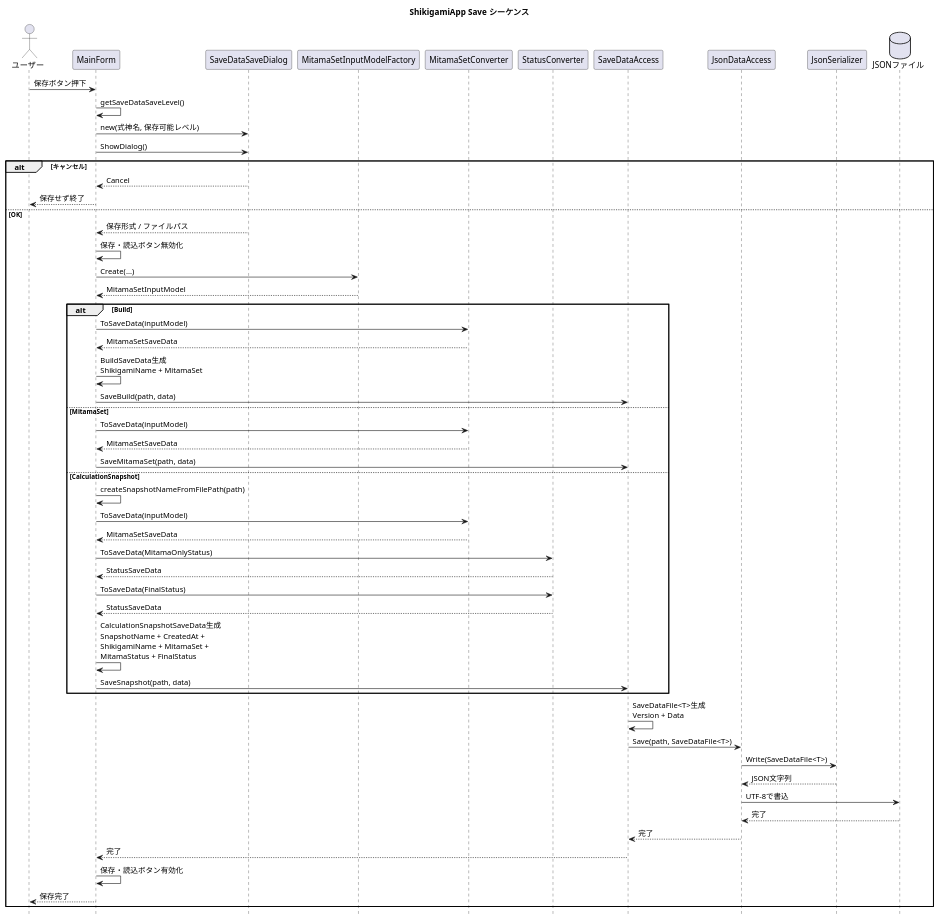
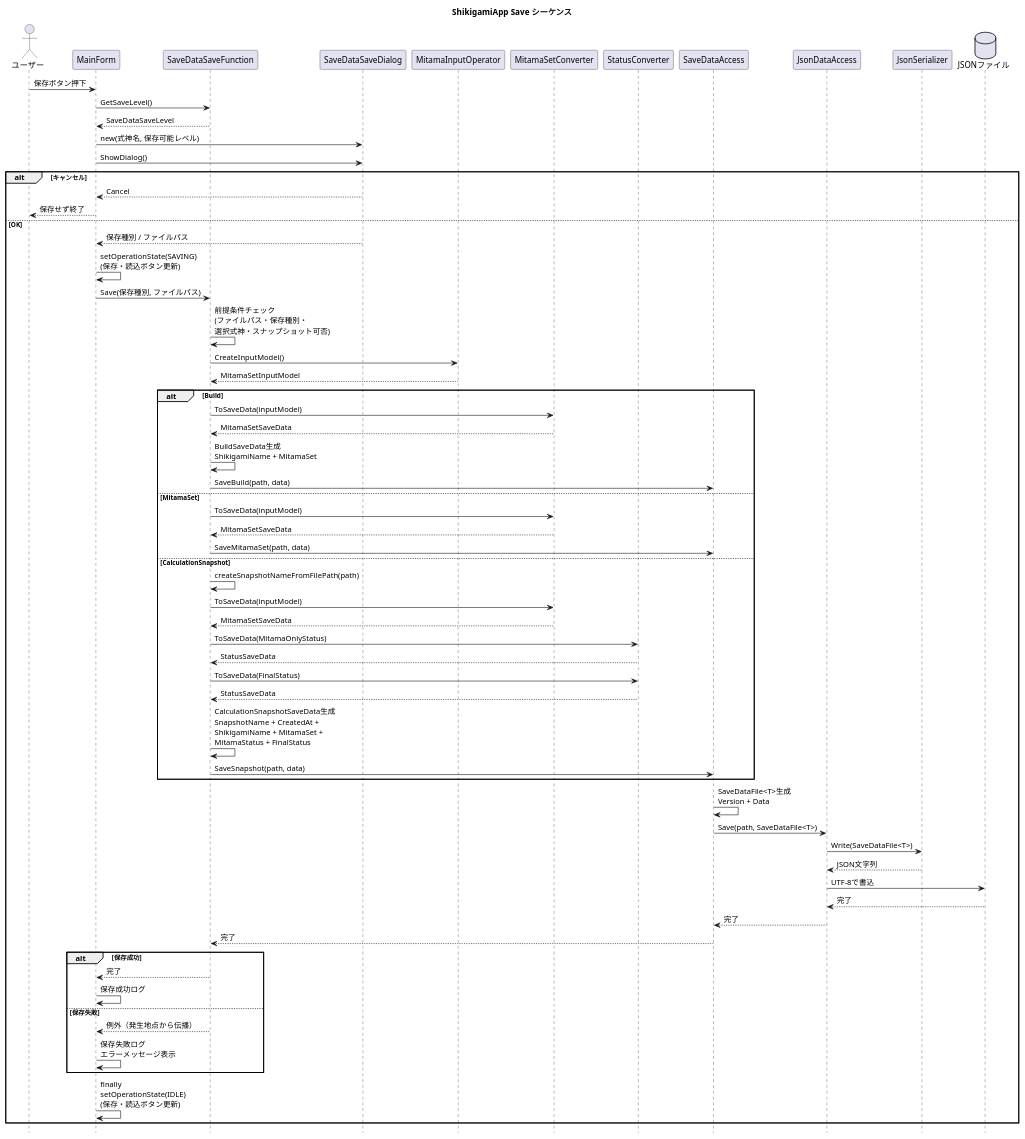
The diagram in Document/ShikigamiApp/Diagram/SaveData/save_sequence.wsd (Staraptor0398/ShikigamiStatusCalculator), drawn with PlantUML before and after one commit. The commit also changed 1 other file, not shown here.

Commit message:
Update SaveData save sequence diagram to reflect current Gui architecture

```diff
--- a/Document/ShikigamiApp/Diagram/SaveData/save_sequence.wsd
+++ b/Document/ShikigamiApp/Diagram/SaveData/save_sequence.wsd
@@ -1,82 +1,94 @@
 @startuml
 title ShikigamiApp Save シーケンス
 
 hide footbox
 
 actor "ユーザー" as User
 
 participant "MainForm" as MainForm
+participant "SaveDataSaveFunction" as SaveDataSaveFunction
 participant "SaveDataSaveDialog" as SaveDialog
 
-participant "MitamaSetInputModelFactory" as InputModelFactory
+participant "MitamaInputOperator" as InputOperator
 participant "MitamaSetConverter" as MitamaSetConverter
 participant "StatusConverter" as StatusConverter
 
 participant "SaveDataAccess" as SaveDataAccess
 participant "JsonDataAccess" as JsonDataAccess
 participant "JsonSerializer" as JsonSerializer
 
 database "JSONファイル" as JsonFile
 
 User -> MainForm : 保存ボタン押下
 
-MainForm -> MainForm : getSaveDataSaveLevel()
+MainForm -> SaveDataSaveFunction : GetSaveLevel()
+SaveDataSaveFunction --> MainForm : SaveDataSaveLevel
 MainForm -> SaveDialog : new(式神名, 保存可能レベル)
 MainForm -> SaveDialog : ShowDialog()
 
 alt キャンセル
    SaveDialog --> MainForm : Cancel
    MainForm --> User : 保存せず終了
 else OK
-   SaveDialog --> MainForm : 保存形式 / ファイルパス
-   MainForm -> MainForm : 保存・読込ボタン無効化
+   SaveDialog --> MainForm : 保存種別 / ファイルパス
+   MainForm -> MainForm : setOperationState(SAVING)\n(保存・読込ボタン更新)
 
-   MainForm -> InputModelFactory : Create(...)
-   InputModelFactory --> MainForm : MitamaSetInputModel
+   MainForm -> SaveDataSaveFunction : Save(保存種別, ファイルパス)
+
+   SaveDataSaveFunction -> SaveDataSaveFunction : 前提条件チェック\n(ファイルパス・保存種別・\n選択式神・スナップショット可否)
+   SaveDataSaveFunction -> InputOperator : CreateInputModel()
+   InputOperator --> SaveDataSaveFunction : MitamaSetInputModel
 
    alt Build
-       MainForm -> MitamaSetConverter : ToSaveData(inputModel)
-       MitamaSetConverter --> MainForm : MitamaSetSaveData
+       SaveDataSaveFunction -> MitamaSetConverter : ToSaveData(inputModel)
+       MitamaSetConverter --> SaveDataSaveFunction : MitamaSetSaveData
 
-       MainForm -> MainForm : BuildSaveData生成\nShikigamiName + MitamaSet
-       MainForm -> SaveDataAccess : SaveBuild(path, data)
+       SaveDataSaveFunction -> SaveDataSaveFunction : BuildSaveData生成\nShikigamiName + MitamaSet
+       SaveDataSaveFunction -> SaveDataAccess : SaveBuild(path, data)
 
    else MitamaSet
-       MainForm -> MitamaSetConverter : ToSaveData(inputModel)
-       MitamaSetConverter --> MainForm : MitamaSetSaveData
+       SaveDataSaveFunction -> MitamaSetConverter : ToSaveData(inputModel)
+       MitamaSetConverter --> SaveDataSaveFunction : MitamaSetSaveData
 
-       MainForm -> SaveDataAccess : SaveMitamaSet(path, data)
+       SaveDataSaveFunction -> SaveDataAccess : SaveMitamaSet(path, data)
 
    else CalculationSnapshot
-       MainForm -> MainForm : createSnapshotNameFromFilePath(path)
+       SaveDataSaveFunction -> SaveDataSaveFunction : createSnapshotNameFromFilePath(path)
 
-       MainForm -> MitamaSetConverter : ToSaveData(inputModel)
-       MitamaSetConverter --> MainForm : MitamaSetSaveData
+       SaveDataSaveFunction -> MitamaSetConverter : ToSaveData(inputModel)
+       MitamaSetConverter --> SaveDataSaveFunction : MitamaSetSaveData
 
-       MainForm -> StatusConverter : ToSaveData(MitamaOnlyStatus)
-       StatusConverter --> MainForm : StatusSaveData
+       SaveDataSaveFunction -> StatusConverter : ToSaveData(MitamaOnlyStatus)
+       StatusConverter --> SaveDataSaveFunction : StatusSaveData
 
-       MainForm -> StatusConverter : ToSaveData(FinalStatus)
-       StatusConverter --> MainForm : StatusSaveData
+       SaveDataSaveFunction -> StatusConverter : ToSaveData(FinalStatus)
+       StatusConverter --> SaveDataSaveFunction : StatusSaveData
 
-       MainForm -> MainForm : CalculationSnapshotSaveData生成\nSnapshotName + CreatedAt +\nShikigamiName + MitamaSet +\nMitamaStatus + FinalStatus
+       SaveDataSaveFunction -> SaveDataSaveFunction : CalculationSnapshotSaveData生成\nSnapshotName + CreatedAt +\nShikigamiName + MitamaSet +\nMitamaStatus + FinalStatus
 
-       MainForm -> SaveDataAccess : SaveSnapshot(path, data)
+       SaveDataSaveFunction -> SaveDataAccess : SaveSnapshot(path, data)
    end
 
    SaveDataAccess -> SaveDataAccess : SaveDataFile<T>生成\nVersion + Data
    SaveDataAccess -> JsonDataAccess : Save(path, SaveDataFile<T>)
 
    JsonDataAccess -> JsonSerializer : Write(SaveDataFile<T>)
    JsonSerializer --> JsonDataAccess : JSON文字列
 
    JsonDataAccess -> JsonFile : UTF-8で書込
    JsonFile --> JsonDataAccess : 完了
    JsonDataAccess --> SaveDataAccess : 完了
-   SaveDataAccess --> MainForm : 完了
+   SaveDataAccess --> SaveDataSaveFunction : 完了
 
-   MainForm -> MainForm : 保存・読込ボタン有効化
-   MainForm --> User : 保存完了
+   alt 保存成功
+       SaveDataSaveFunction --> MainForm : 完了
+       MainForm -> MainForm : 保存成功ログ
+   else 保存失敗
+       SaveDataSaveFunction --> MainForm : 例外（発生地点から伝播）
+       MainForm -> MainForm : 保存失敗ログ\nエラーメッセージ表示
+   end
+
+   MainForm -> MainForm : finally\nsetOperationState(IDLE)\n(保存・読込ボタン更新)
 end
 
 @enduml
```
